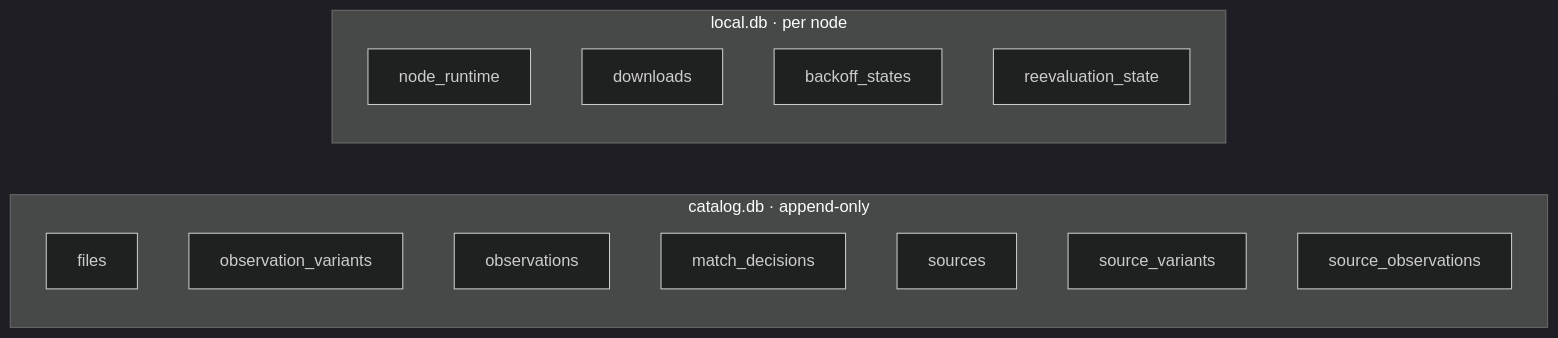
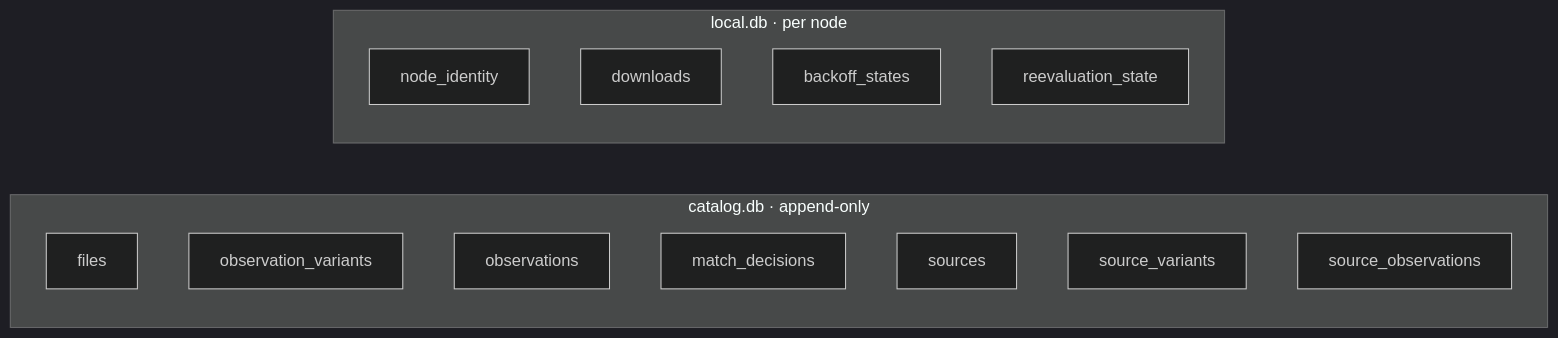
Before and after one commit to mission-titar/p2pwatch: the ninth of 12 diagrams in docs/contributing/architecture.md, drawn with Mermaid (dark theme). The commit also changed other lines of this file and 11 other files, not shown here.

First line of the commit message:
feat(crawler): the node's identity in one typed row, local.db STRICT throughout

````diff
--- a/docs/contributing/architecture.md
+++ b/docs/contributing/architecture.md
@@ -456,18 +456,18 @@
 ```mermaid
 flowchart LR
   subgraph cat["catalog.db · append-only"]
     f["files"]
     ov["observation_variants"]
     o["observations"]
     md["match_decisions"]
     s["sources"]
     sv["source_variants"]
     so["source_observations"]
   end
   subgraph loc["local.db · per node"]
-    nr["node_runtime"]
+    ni["node_identity"]
     dl["downloads"]
     bs["backoff_states"]
     rs["reevaluation_state"]
   end
 ```
````
